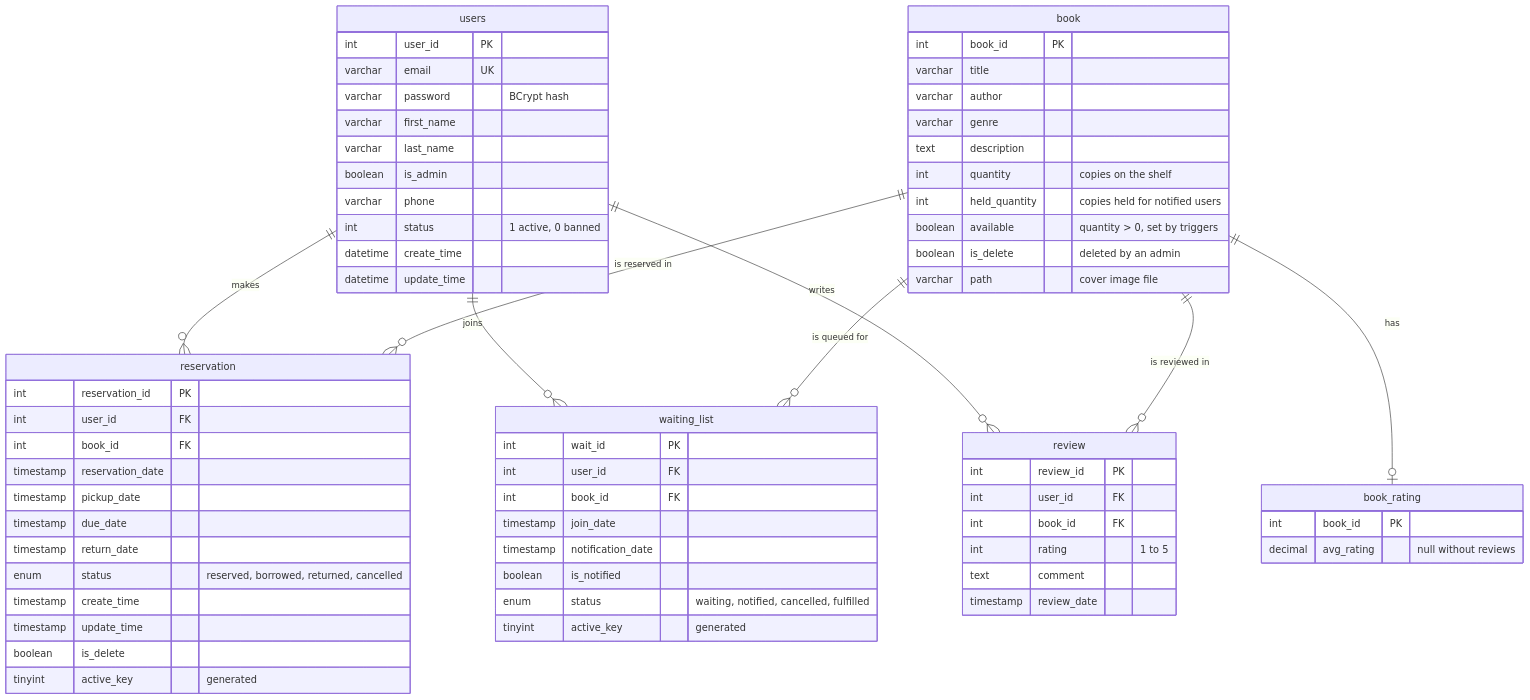
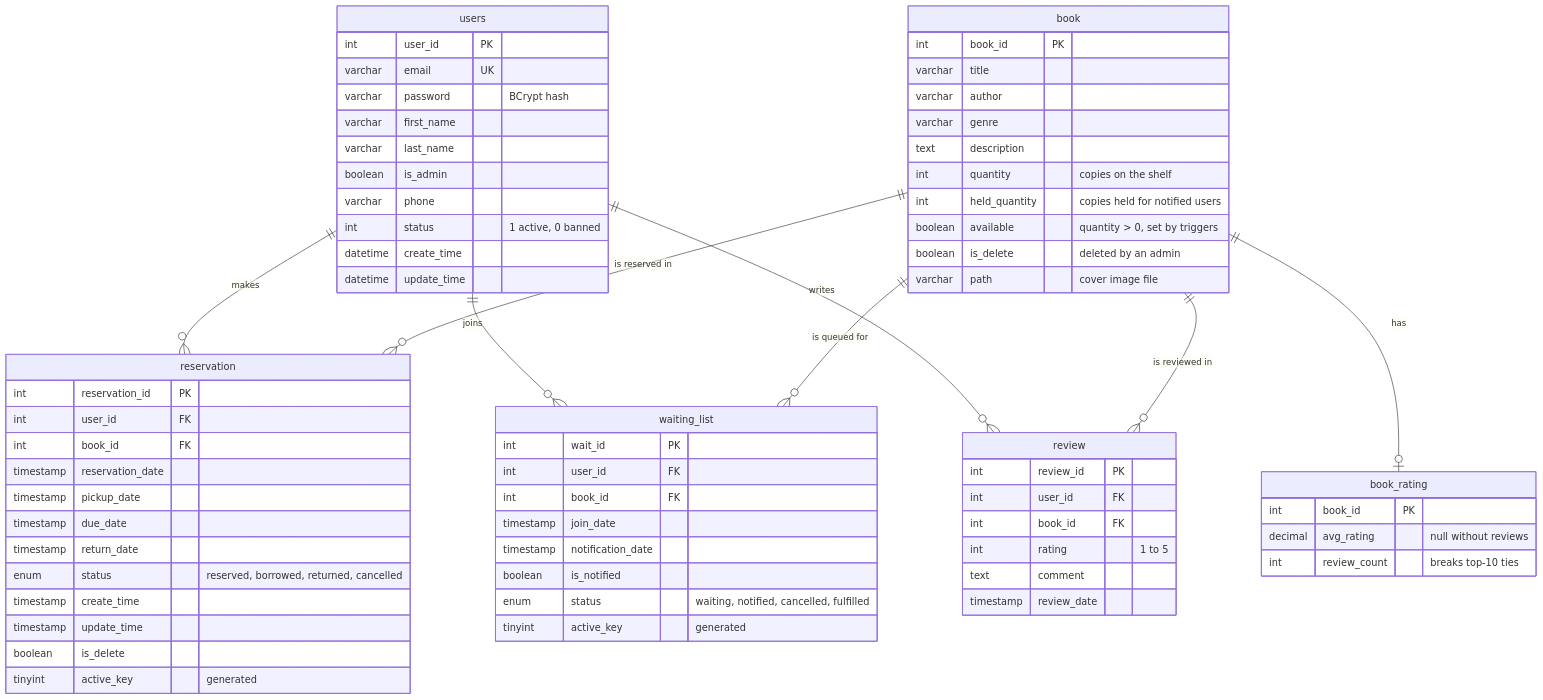
Before and after one commit to Jingwei-Lin/library-reservation-hub: the diagram in docs/DESIGN.md, drawn with Mermaid. The commit also changed other lines of this file and 4 other files, not shown here.

First line of the commit message:
Tighten the stock columns and order ties in the top 10

````diff
--- a/docs/DESIGN.md
+++ b/docs/DESIGN.md
@@ -42,71 +42,72 @@
 ```mermaid
 erDiagram
     users ||--o{ reservation : makes
     users ||--o{ waiting_list : joins
     users ||--o{ review : writes
     book ||--o{ reservation : "is reserved in"
     book ||--o{ waiting_list : "is queued for"
     book ||--o{ review : "is reviewed in"
     book ||--o| book_rating : "has"
 
     users {
         int user_id PK
         varchar email UK
         varchar password "BCrypt hash"
         varchar first_name
         varchar last_name
         boolean is_admin
         varchar phone
         int status "1 active, 0 banned"
         datetime create_time
         datetime update_time
     }
     book {
         int book_id PK
         varchar title
         varchar author
         varchar genre
         text description
         int quantity "copies on the shelf"
         int held_quantity "copies held for notified users"
         boolean available "quantity > 0, set by triggers"
         boolean is_delete "deleted by an admin"
         varchar path "cover image file"
     }
     reservation {
         int reservation_id PK
         int user_id FK
         int book_id FK
         timestamp reservation_date
         timestamp pickup_date
         timestamp due_date
         timestamp return_date
         enum status "reserved, borrowed, returned, cancelled"
         timestamp create_time
         timestamp update_time
         boolean is_delete
         tinyint active_key "generated"
     }
     waiting_list {
         int wait_id PK
         int user_id FK
         int book_id FK
         timestamp join_date
         timestamp notification_date
         boolean is_notified
         enum status "waiting, notified, cancelled, fulfilled"
         tinyint active_key "generated"
     }
     review {
         int review_id PK
         int user_id FK
         int book_id FK
         int rating "1 to 5"
         text comment
         timestamp review_date
     }
     book_rating {
         int book_id PK
         decimal avg_rating "null without reviews"
+        int review_count "breaks top-10 ties"
     }
 ```
````
